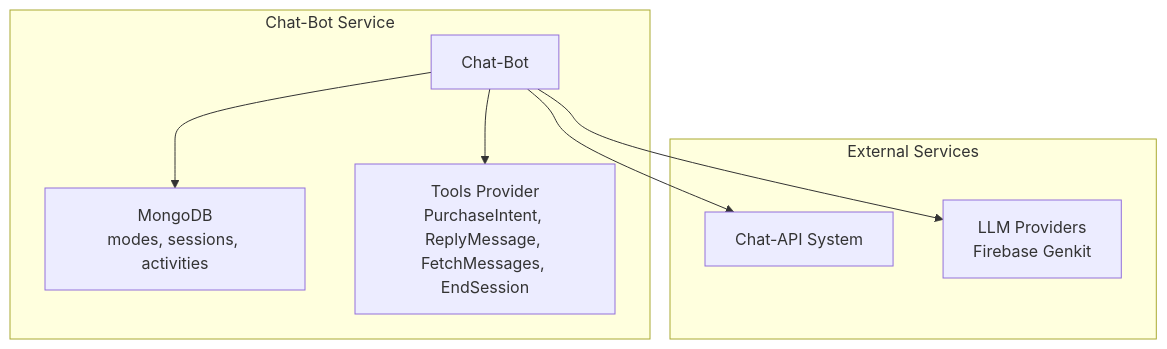
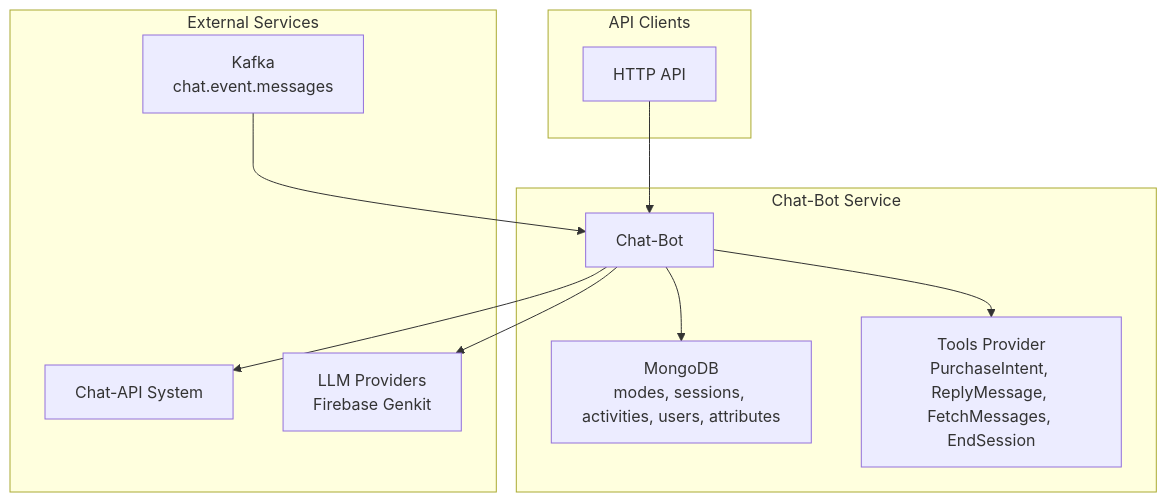
One commit to nguyentranbao-ct/chat-bot changed the first of 3 diagrams in docs/architecture.md. Above: the diagram before and after it, drawn with Mermaid. The commit also changed other lines of this file and 17 other files, not shown here.

````diff
--- a/docs/architecture.md
+++ b/docs/architecture.md
@@ -11,16 +13,25 @@
 ```mermaid
 graph TB
     subgraph "Chat-Bot Service"
         CB[Chat-Bot]
-        CB --> CBDB[MongoDB<br/>modes, sessions, activities]
-        CB --> TOOLS[Tools Provider<br/>PurchaseIntent, ReplyMessage, FetchMessages, EndSession]
+        CBDB[MongoDB<br/>modes, sessions, activities, users, attributes]
+        CB --> CBDB
+        TOOLS[Tools Provider<br/>PurchaseIntent, ReplyMessage, FetchMessages, EndSession]
+        CB --> TOOLS
     end
 
     subgraph "External Services"
+        KAFKA[Kafka<br/>chat.event.messages]
         CAPIS[Chat-API System]
         LLM[LLM Providers<br/>Firebase Genkit]
     end
 
+    subgraph "API Clients"
+        HTTP_API[HTTP API]
+    end
+
+    HTTP_API --> CB
+    KAFKA --> CB
     CB --> CAPIS
     CB --> LLM
 ```
````
